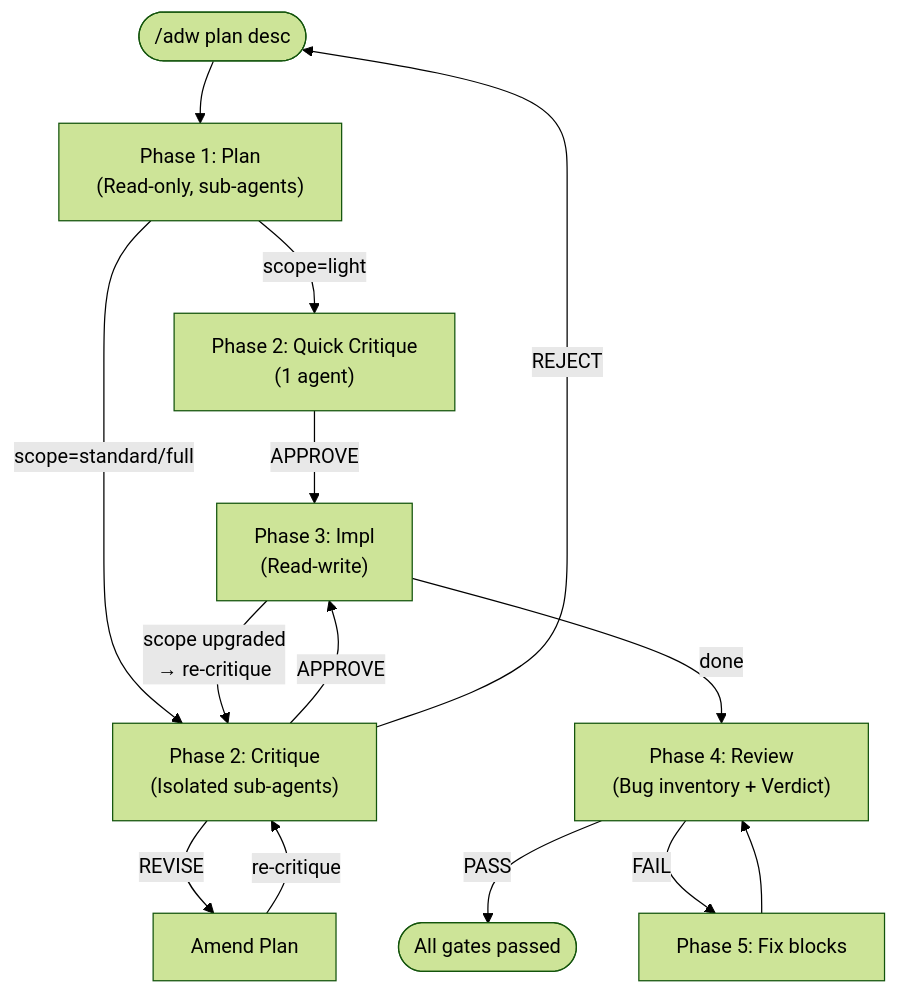
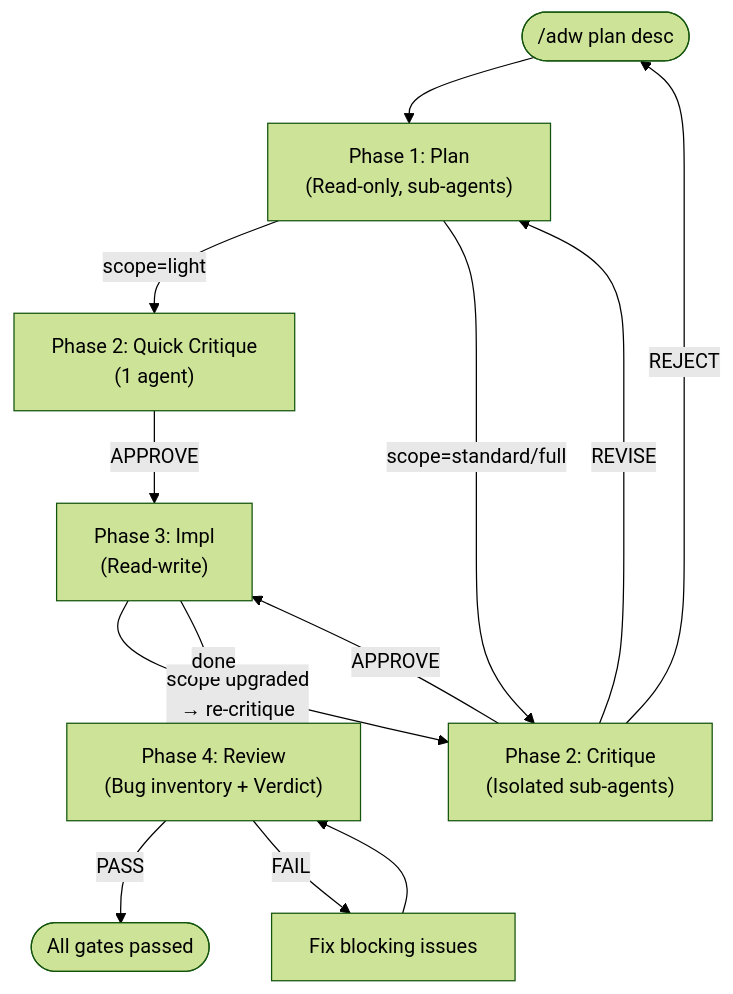
The diagram in README.md (pmartin-dev/adversarial-dev-workflow), drawn with Mermaid (forest theme) before and after one commit. The commit also changed other lines of this file and 3 other files, not shown here.

````diff
--- a/README.md
+++ b/README.md
@@ -29,16 +18,15 @@
 ```mermaid
 flowchart TD
     Start(["/adw plan desc"]) --> Plan["Phase 1: Plan\n(Read-only, sub-agents)"]
     Plan --> |"scope=light"| CritiqueLight["Phase 2: Quick Critique\n(1 agent)"]
     CritiqueLight --> |APPROVE| Impl
     Plan --> |"scope=standard/full"| Critique["Phase 2: Critique\n(Isolated sub-agents)"]
     Critique --> |APPROVE| Impl["Phase 3: Impl\n(Read-write)"]
-    Critique --> |REVISE| Amend["Amend Plan"]
+    Critique --> |REVISE| Plan
     Critique --> |REJECT| Start
-    Amend --> |"re-critique"| Critique
     Impl --> |"scope upgraded\n→ re-critique"| Critique
     Impl --> |"done"| Review["Phase 4: Review\n(Bug inventory + Verdict)"]
     Review --> |PASS| Done(["All gates passed"])
-    Review --> |FAIL| Fix["Phase 5: Fix blocks"]
+    Review --> |FAIL| Fix["Fix blocking issues"]
     Fix --> Review
 ```
````
